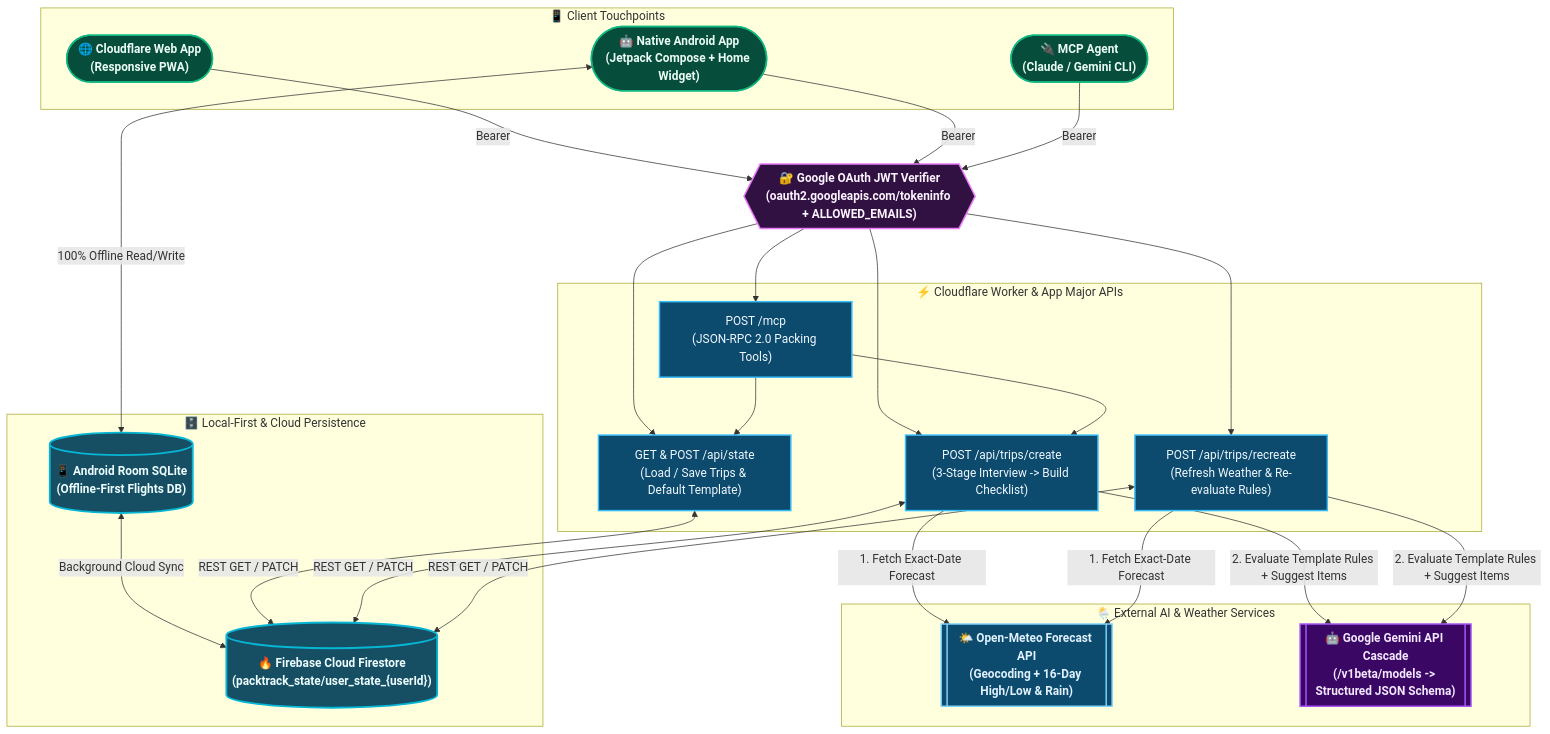
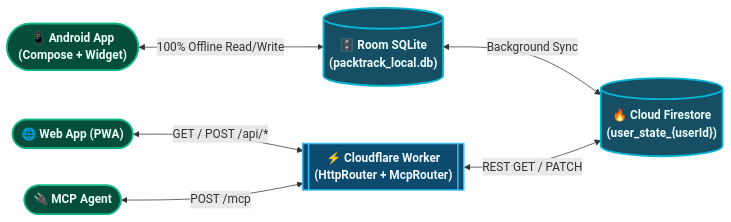
One commit to madhavsankar/PackTrack changed the third of 4 diagrams in README.md. Above: the diagram before and after it, drawn with Mermaid. The commit also changed other lines of this file and 1 other file, not shown here.

Commit message:
Simplify README screenshots, split CUJ and HLD into smaller focused diagrams

````diff
--- a/README.md
+++ b/README.md
@@ -63,46 +68,13 @@
 ```mermaid
-flowchart TB
+flowchart LR
     classDef client fill:#064e3b,stroke:#10b981,stroke-width:2px,color:#ecfdf5,font-weight:bold
-    classDef gate fill:#311042,stroke:#e879f9,stroke-width:2px,color:#fdf4ff,font-weight:bold
-    classDef api fill:#0c4a6e,stroke:#38bdf8,stroke-width:2px,color:#f0f9ff
-    classDef ext fill:#3b0764,stroke:#a855f7,stroke-width:2px,color:#f3e8ff,font-weight:bold
-    classDef weather fill:#0c4a6e,stroke:#7dd3fc,stroke-width:2px,color:#e0f2fe,font-weight:bold
+    classDef edge fill:#0c4a6e,stroke:#38bdf8,stroke-width:2px,color:#f0f9ff,font-weight:bold
     classDef db fill:#164e63,stroke:#06b6d4,stroke-width:2.5px,color:#ecfeff,font-weight:bold
 
-    subgraph Touchpoints["📱 Client Touchpoints"]
-        WebPWA(["🌐 Cloudflare Web App\n(Responsive PWA)"]):::client
-        Android(["🤖 Native Android App\n(Jetpack Compose + Home Widget)"]):::client
-        McpClient(["🔌 MCP Agent\n(Claude / Gemini CLI)"]):::client
-    end
+    Android(["📱 Android App\n(Compose + Widget)"]):::client <-->|"100% Offline Read/Write"| Room[("🗄️ Room SQLite\n(packtrack_local.db)")]:::db
+    Room <-->|"Background Sync"| Firestore[("🔥 Cloud Firestore\n(user_state_{userId})")]:::db
 
-    AuthGate{{"🔐 Google OAuth JWT Verifier\n(oauth2.googleapis.com/tokeninfo + ALLOWED_EMAILS)"}}:::gate
-
-    subgraph MajorAPIs["⚡ Cloudflare Worker & App Major APIs"]
-        StateAPI["GET & POST /api/state\n(Load / Save Trips & Default Template)"]:::api
-        CreateAPI["POST /api/trips/create\n(3-Stage Interview -> Build Checklist)"]:::api
-        RecreateAPI["POST /api/trips/recreate\n(Refresh Weather & Re-evaluate Rules)"]:::api
-        McpAPI["POST /mcp\n(JSON-RPC 2.0 Packing Tools)"]:::api
-    end
-
-    subgraph ExternalServices["🌦️ External AI & Weather Services"]
-        OpenMeteo[["🌤️ Open-Meteo Forecast API\n(Geocoding + 16-Day High/Low & Rain)"]]:::weather
-        GeminiCascade[["🤖 Google Gemini API Cascade\n(/v1beta/models -> Structured JSON Schema)"]]:::ext
-    end
-
-    subgraph Storage["🗄️ Local-First & Cloud Persistence"]
-        RoomDB[("📱 Android Room SQLite\n(Offline-First Flights DB)")]:::db
-        FirestoreDB[("🔥 Firebase Cloud Firestore\n(packtrack_state/user_state_{userId})")]:::db
-    end
-
-    Android <-->|"100% Offline Read/Write"| RoomDB
-    RoomDB <-->|"Background Cloud Sync"| FirestoreDB
-
-    WebPWA & Android & McpClient -->|"Bearer <Google_ID_Token>"| AuthGate
-    AuthGate --> StateAPI & CreateAPI & RecreateAPI & McpAPI
-
-    CreateAPI & RecreateAPI -->|"1. Fetch Exact-Date Forecast"| OpenMeteo
-    CreateAPI & RecreateAPI -->|"2. Evaluate Template Rules + Suggest Items"| GeminiCascade
-    McpAPI --> CreateAPI & StateAPI
-
-    StateAPI & CreateAPI & RecreateAPI <-->|"REST GET / PATCH"| FirestoreDB
+    WebPWA(["🌐 Web App (PWA)"]):::client <-->|"GET / POST /api/*"| Worker[["⚡ Cloudflare Worker\n(HttpRouter + McpRouter)"]]:::edge
+    McpClient(["🔌 MCP Agent"]):::client <-->|"POST /mcp"| Worker
+    Worker <-->|"REST GET / PATCH"| Firestore
 ```
````
